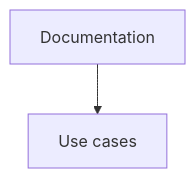
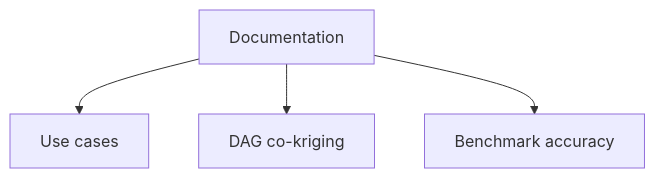
One commit to anhvt2/gp-omni changed the diagram in docs/README.md. Above: the diagram before and after it, drawn with Mermaid. The commit also changed other lines of this file and 3 other files, not shown here.

First line of the commit message:
docs(benchmarks): publish a self-contained accuracy guide

````diff
--- a/docs/README.md
+++ b/docs/README.md
@@ -6,4 +6,6 @@
 ```mermaid
 flowchart TD
     index["Documentation"] --> guide["Use cases"]
+    index --> dag["DAG co-kriging"]
+    index --> benchmarks["Benchmark accuracy"]
 ```
````
